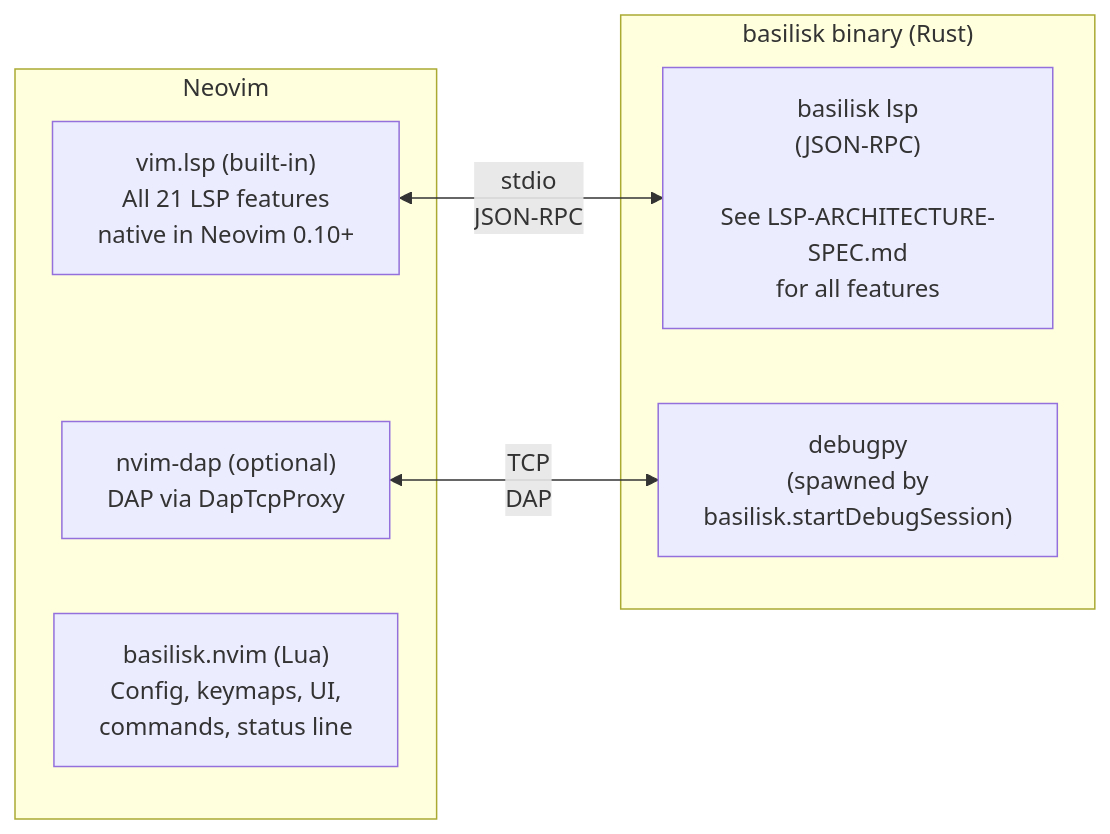
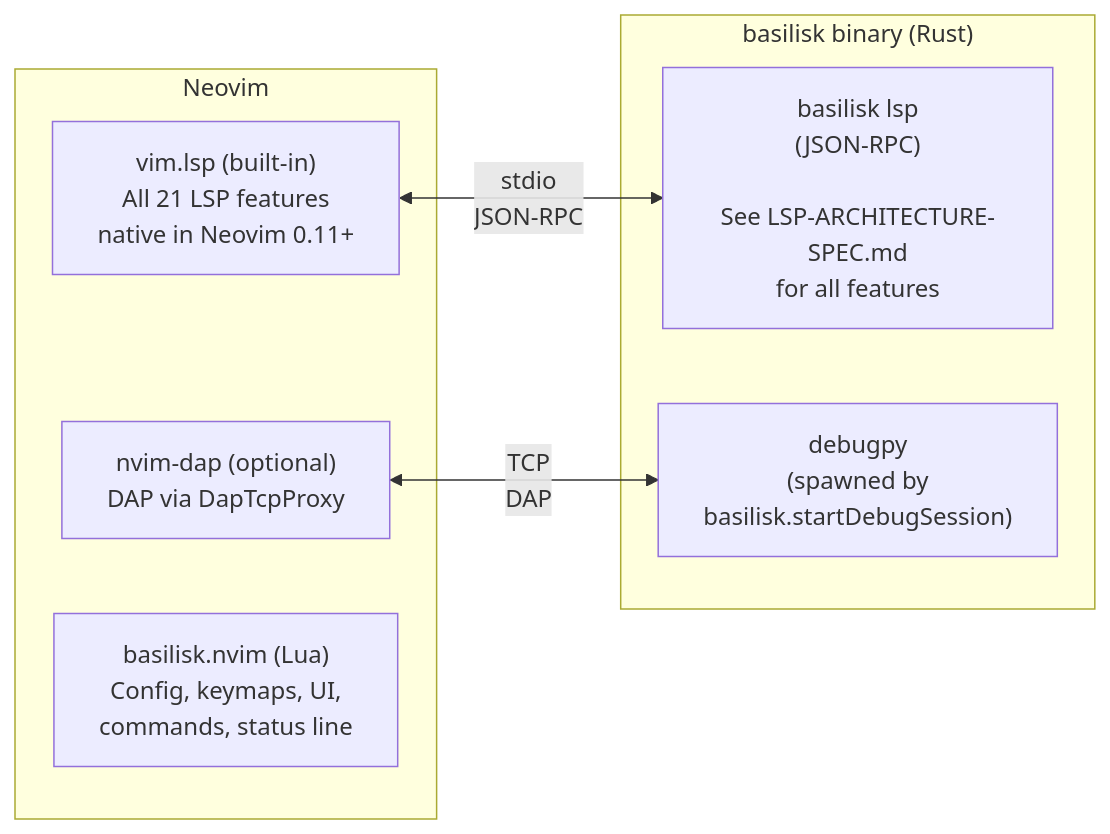
Before and after one commit to Nimblesite/Basilisk: the diagram in docs/specs/NEOVIM-SPEC.md, drawn with Mermaid. The commit also changed other lines of this file and 43 other files, not shown here.

````diff
--- a/docs/specs/NEOVIM-SPEC.md
+++ b/docs/specs/NEOVIM-SPEC.md
@@ -9,16 +9,16 @@
 ```mermaid
 flowchart LR
     subgraph Neovim["Neovim"]
-        VL["vim.lsp (built-in)<br/>All 21 LSP features<br/>native in Neovim 0.10+"]
+        VL["vim.lsp (built-in)<br/>All 21 LSP features<br/>native in Neovim 0.11+"]
         DAP["nvim-dap (optional)<br/>DAP via DapTcpProxy"]
         NV["basilisk.nvim (Lua)<br/>Config, keymaps, UI,<br/>commands, status line"]
     end
 
     subgraph Basilisk["basilisk binary (Rust)"]
         LSP["basilisk lsp<br/>(JSON-RPC)<br/><br/>See LSP-ARCHITECTURE-SPEC.md<br/>for all features"]
         DBG["debugpy<br/>(spawned by<br/>basilisk.startDebugSession)"]
     end
 
     VL <-->|"stdio<br/>JSON-RPC"| LSP
     DAP <-->|"TCP<br/>DAP"| DBG
 ```
````
